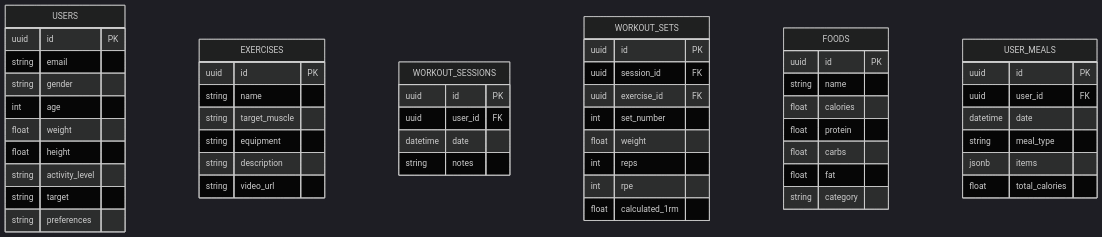
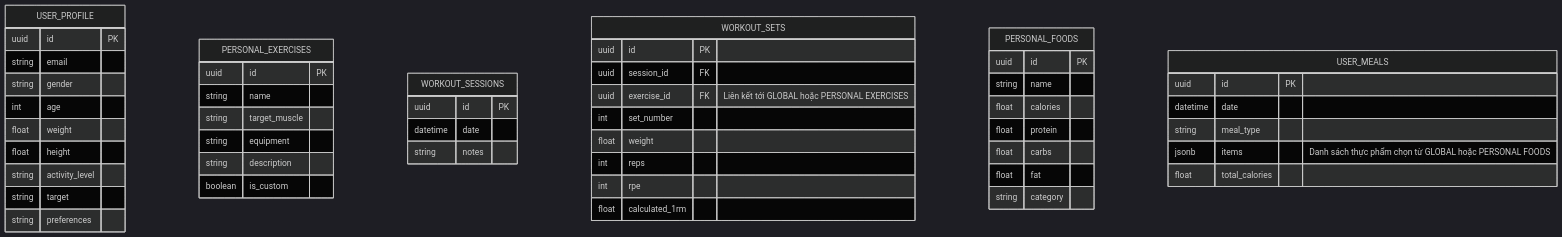
The third of 3 diagrams in plan.md (felixilars/Aegymer), drawn with Mermaid (dark theme) before and after one commit. The commit also changed other lines of this file and 2 other files, not shown here.

````diff
--- a/plan.md
+++ b/plan.md
@@ -97,55 +128,53 @@
 ```mermaid
 erDiagram
-    USERS {
+    USER_PROFILE {
         uuid id PK
         string email
         string gender
         int age
         float weight
         float height
         string activity_level
         string target
         string preferences
     }
-    EXERCISES {
+    PERSONAL_EXERCISES {
         uuid id PK
         string name
         string target_muscle
         string equipment
         string description
-        string video_url
+        boolean is_custom
     }
     WORKOUT_SESSIONS {
         uuid id PK
-        uuid user_id FK
         datetime date
         string notes
     }
     WORKOUT_SETS {
         uuid id PK
         uuid session_id FK
-        uuid exercise_id FK
+        uuid exercise_id FK "Liên kết tới GLOBAL hoặc PERSONAL EXERCISES"
         int set_number
         float weight
         int reps
         int rpe
         float calculated_1rm
     }
-    FOODS {
+    PERSONAL_FOODS {
         uuid id PK
         string name
         float calories
         float protein
         float carbs
         float fat
         string category
     }
     USER_MEALS {
         uuid id PK
-        uuid user_id FK
         datetime date
         string meal_type
-        jsonb items
+        jsonb items "Danh sách thực phẩm chọn từ GLOBAL hoặc PERSONAL FOODS"
         float total_calories
     }
 ```
````
